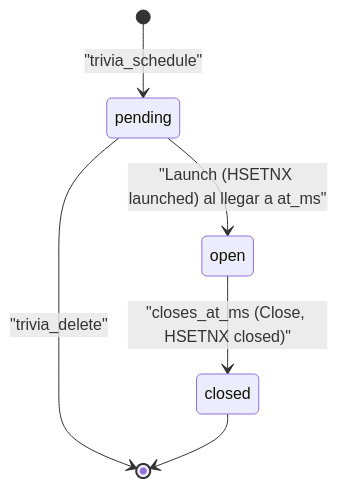
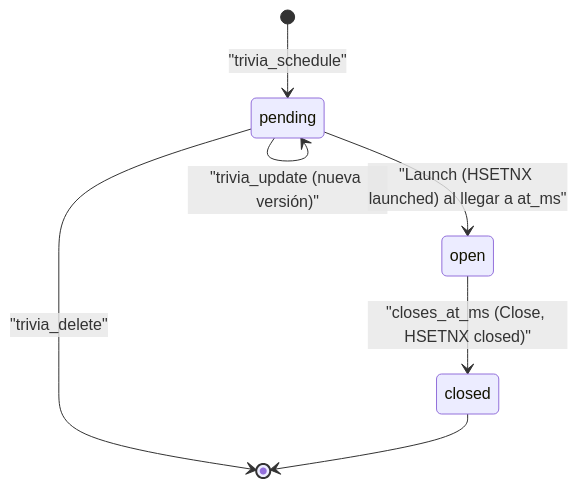
Before and after one commit to TINTOrganization/TINT: the eighth of 10 diagrams in services/social-core/README.md, drawn with Mermaid. The commit also changed other lines of this file and 8 other files, not shown here.

First line of the commit message:
feat(social-core): let host and cohost edit pending trivia questions

````diff
--- a/services/social-core/README.md
+++ b/services/social-core/README.md
@@ -326,8 +326,9 @@
 ```mermaid
 stateDiagram-v2
     [*] --> pending: "trivia_schedule"
+    pending --> pending: "trivia_update (nueva versión)"
     pending --> [*]: "trivia_delete"
     pending --> open: "Launch (HSETNX launched) al llegar a at_ms"
     open --> closed: "closes_at_ms (Close, HSETNX closed)"
     closed --> [*]
 ```
````
